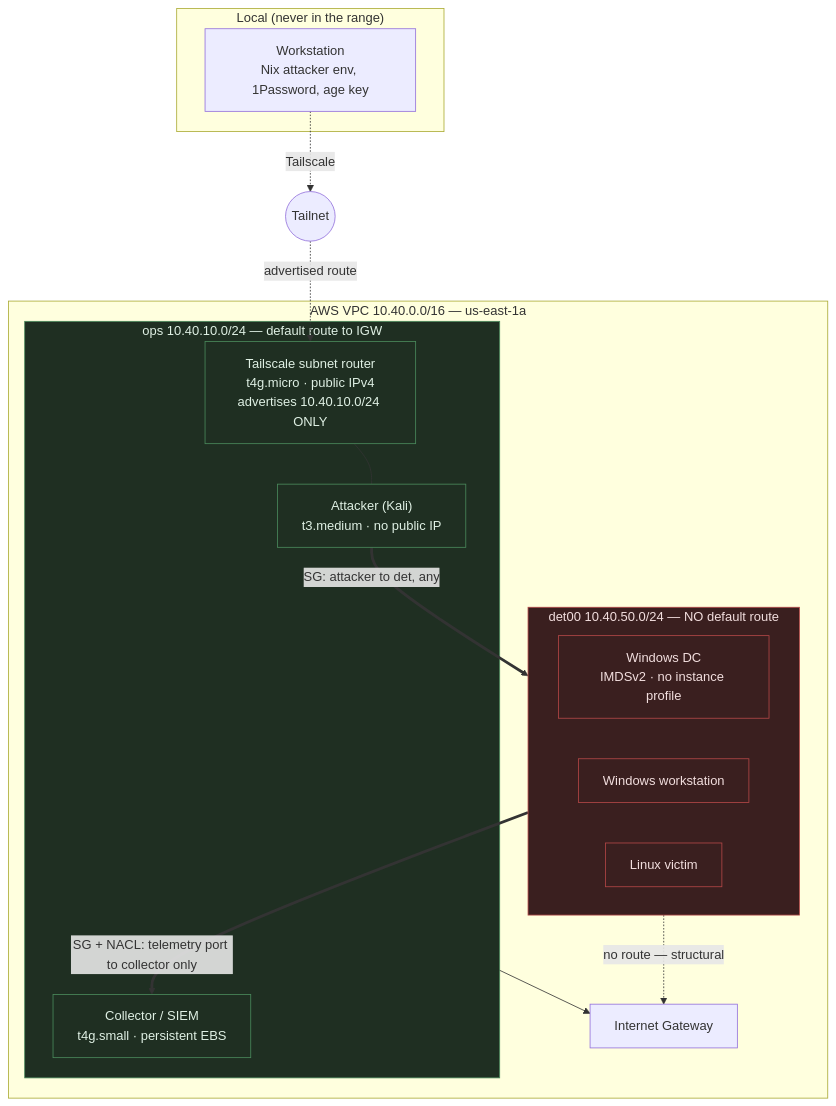
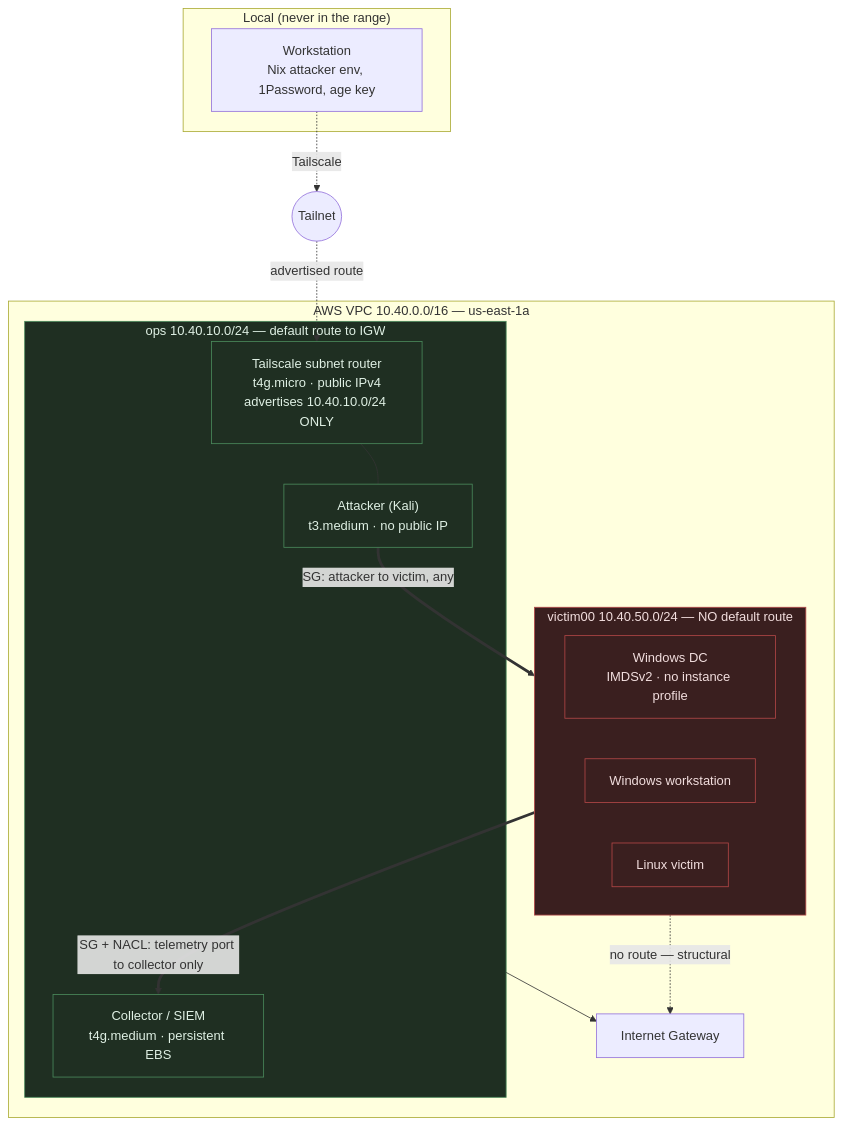
Before and after one commit to alexrf45/security-labs: the first of 2 diagrams in _docs/decisions/0011-aws-provider-and-range-topology.md, drawn with Mermaid. The commit also changed other lines of this file and 45 other files, not shown here.

````diff
--- a/_docs/decisions/0011-aws-provider-and-range-topology.md
+++ b/_docs/decisions/0011-aws-provider-and-range-topology.md
@@ -205,35 +211,35 @@
 ```mermaid
 graph TB
     subgraph local["Local (never in the range)"]
         WS["Workstation<br/>Nix attacker env, 1Password, age key"]
     end
 
     TS(("Tailnet"))
     WS -.->|"Tailscale"| TS
 
     subgraph vpc["AWS VPC 10.40.0.0/16 — us-east-1a"]
         subgraph ops["ops 10.40.10.0/24 — default route to IGW"]
             R["Tailscale subnet router<br/>t4g.micro · public IPv4<br/>advertises 10.40.10.0/24 ONLY"]
             K["Attacker (Kali)<br/>t3.medium · no public IP"]
-            C["Collector / SIEM<br/>t4g.small · persistent EBS"]
+            C["Collector / SIEM<br/>t4g.medium · persistent EBS"]
         end
-        subgraph det["det00 10.40.50.0/24 — NO default route"]
+        subgraph victim["victim00 10.40.50.0/24 — NO default route"]
             D1["Windows DC<br/>IMDSv2 · no instance profile"]
             D2["Windows workstation"]
             D3["Linux victim"]
         end
         IGW["Internet Gateway"]
     end
 
     TS -.->|"advertised route"| R
     ops --> IGW
     R --- K
-    K ==>|"SG: attacker to det, any"| det
-    det ==>|"SG + NACL: telemetry port to collector only"| C
-    det -.->|"no route — structural"| IGW
+    K ==>|"SG: attacker to victim, any"| victim
+    victim ==>|"SG + NACL: telemetry port to collector only"| C
+    victim -.->|"no route — structural"| IGW
 
     classDef danger fill:#3a1f1f,stroke:#b34747,color:#f2dede
     classDef safe fill:#1f2f22,stroke:#4a8a5c,color:#dff0e4
-    class det,D1,D2,D3 danger
+    class victim,D1,D2,D3 danger
     class ops,R,K,C safe
 ```
````
